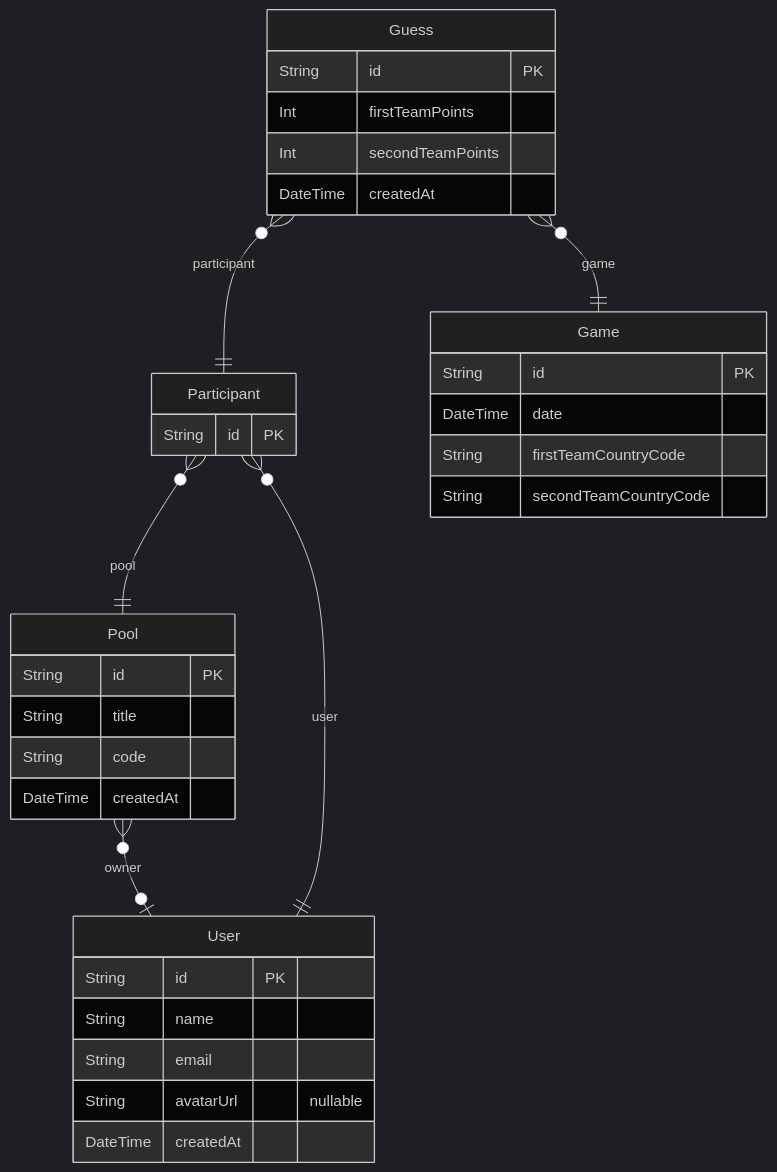
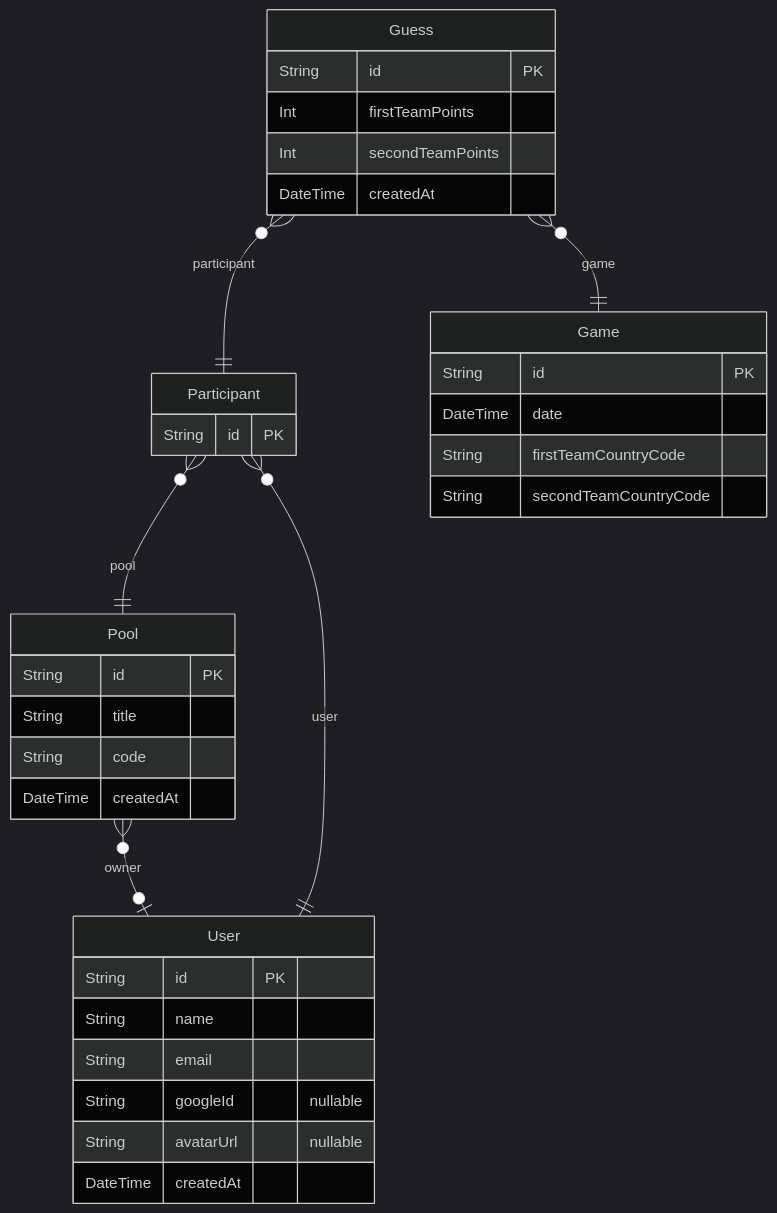
The diagram in server/prisma/ERD.md (Alquipo/bolao-copa), drawn with Mermaid (dark theme) before and after one commit. The commit also changed 14 other files, not shown here.

````diff
--- a/server/prisma/ERD.md
+++ b/server/prisma/ERD.md
@@ -1,46 +1,47 @@
 ```mermaid
 erDiagram
 
   Pool {
     String id PK 
     String title  
     String code  
     DateTime createdAt  
     }
   
 
   Participant {
     String id PK 
     }
   
 
   User {
     String id PK 
     String name  
     String email  
+    String googleId  "nullable"
     String avatarUrl  "nullable"
     DateTime createdAt  
     }
   
 
   Game {
     String id PK 
     DateTime date  
     String firstTeamCountryCode  
     String secondTeamCountryCode  
     }
   
 
   Guess {
     String id PK 
     Int firstTeamPoints  
     Int secondTeamPoints  
     DateTime createdAt  
     }
   
     Pool o{--|o User : "owner"
     Participant o{--|| User : "user"
     Participant o{--|| Pool : "pool"
     Guess o{--|| Participant : "participant"
     Guess o{--|| Game : "game"
 ```
````
